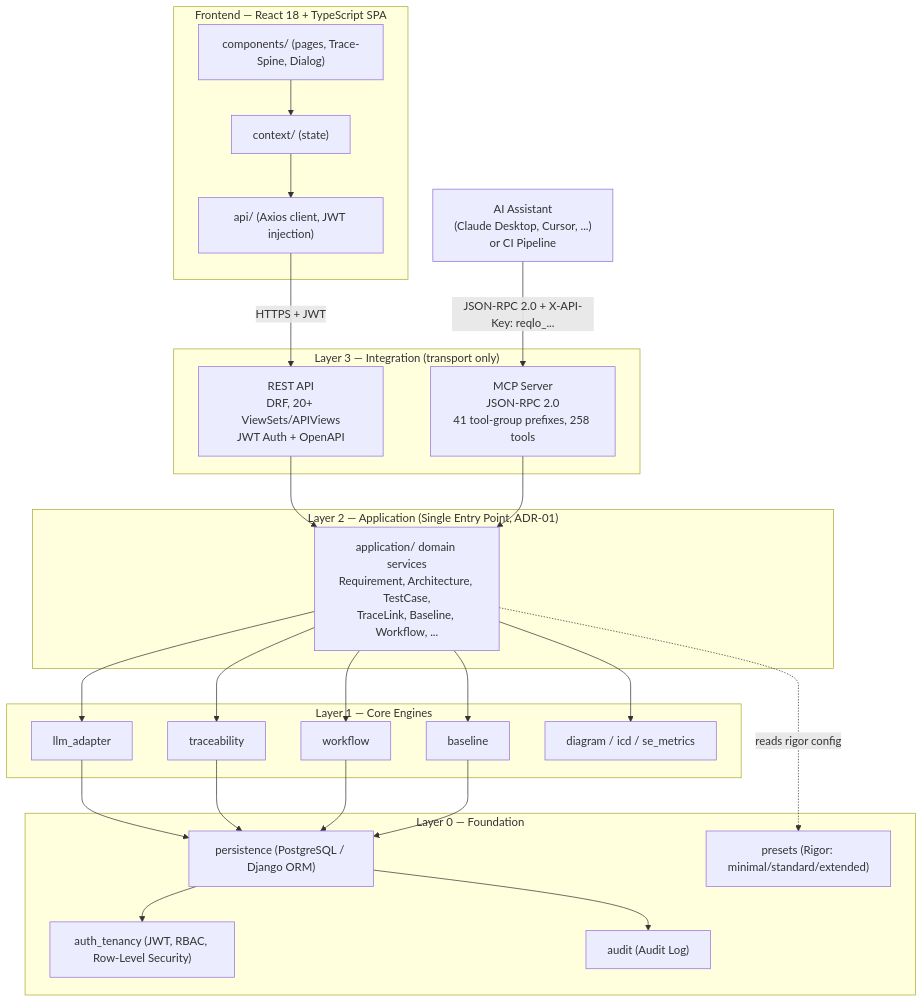
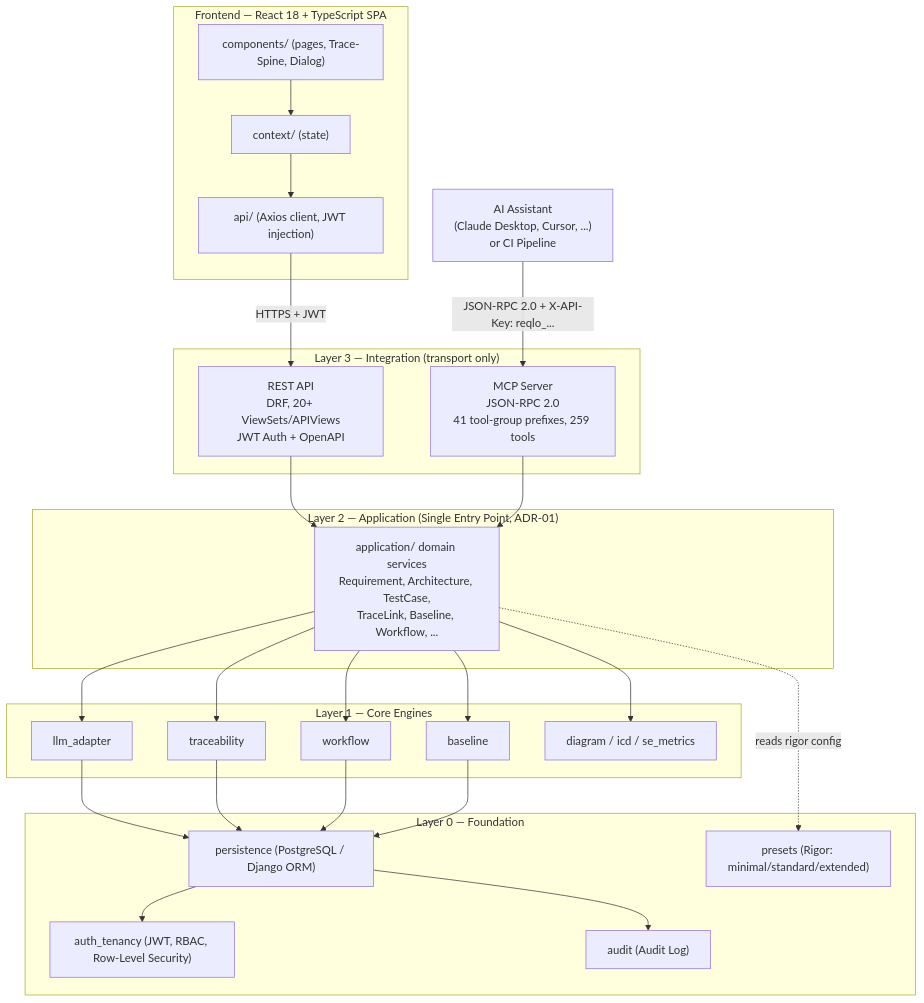
The first of 3 diagrams in README.md (Popoboxxo/ReqogniLoom), drawn with Mermaid before and after one commit. The commit also changed other lines of this file and 23 other files, not shown here.

````diff
--- a/README.md
+++ b/README.md
@@ -101,53 +101,53 @@
 ```mermaid
 graph TD
     subgraph FE["Frontend — React 18 + TypeScript SPA"]
         UI["components/ (pages, Trace-Spine, Dialog)"]
         CTX["context/ (state)"]
         APICLIENT["api/ (Axios client, JWT injection)"]
         UI --> CTX --> APICLIENT
     end
 
     EXT["AI Assistant<br/>(Claude Desktop, Cursor, ...)<br/>or CI Pipeline"]
 
     subgraph L3["Layer 3 — Integration (transport only)"]
         REST["REST API<br/>DRF, 20+ ViewSets/APIViews<br/>JWT Auth + OpenAPI"]
-        MCP["MCP Server<br/>JSON-RPC 2.0<br/>41 tool-group prefixes, 258 tools"]
+        MCP["MCP Server<br/>JSON-RPC 2.0<br/>41 tool-group prefixes, 259 tools"]
     end
 
     subgraph L2["Layer 2 — Application (Single Entry Point, ADR-01)"]
         APP["application/ domain services<br/>Requirement, Architecture, TestCase,<br/>TraceLink, Baseline, Workflow, ..."]
     end
 
     subgraph L1["Layer 1 — Core Engines"]
         LLM["llm_adapter"]
         TRACE["traceability"]
         WF["workflow"]
         BASE["baseline"]
         DIAG["diagram / icd / se_metrics"]
     end
 
     subgraph L0["Layer 0 — Foundation"]
         PERSIST["persistence (PostgreSQL / Django ORM)"]
         AUTH["auth_tenancy (JWT, RBAC, Row-Level Security)"]
         PRESET["presets (Rigor: minimal/standard/extended)"]
         AUDIT["audit (Audit Log)"]
     end
 
     APICLIENT -->|"HTTPS + JWT"| REST
     EXT -->|"JSON-RPC 2.0 + X-API-Key: reqlo_..."| MCP
 
     REST --> APP
     MCP --> APP
     APP --> LLM
     APP --> TRACE
     APP --> WF
     APP --> BASE
     APP --> DIAG
     APP -.->|"reads rigor config"| PRESET
     LLM --> PERSIST
     TRACE --> PERSIST
     WF --> PERSIST
     BASE --> PERSIST
     PERSIST --> AUTH
     PERSIST --> AUDIT
 ```
````
